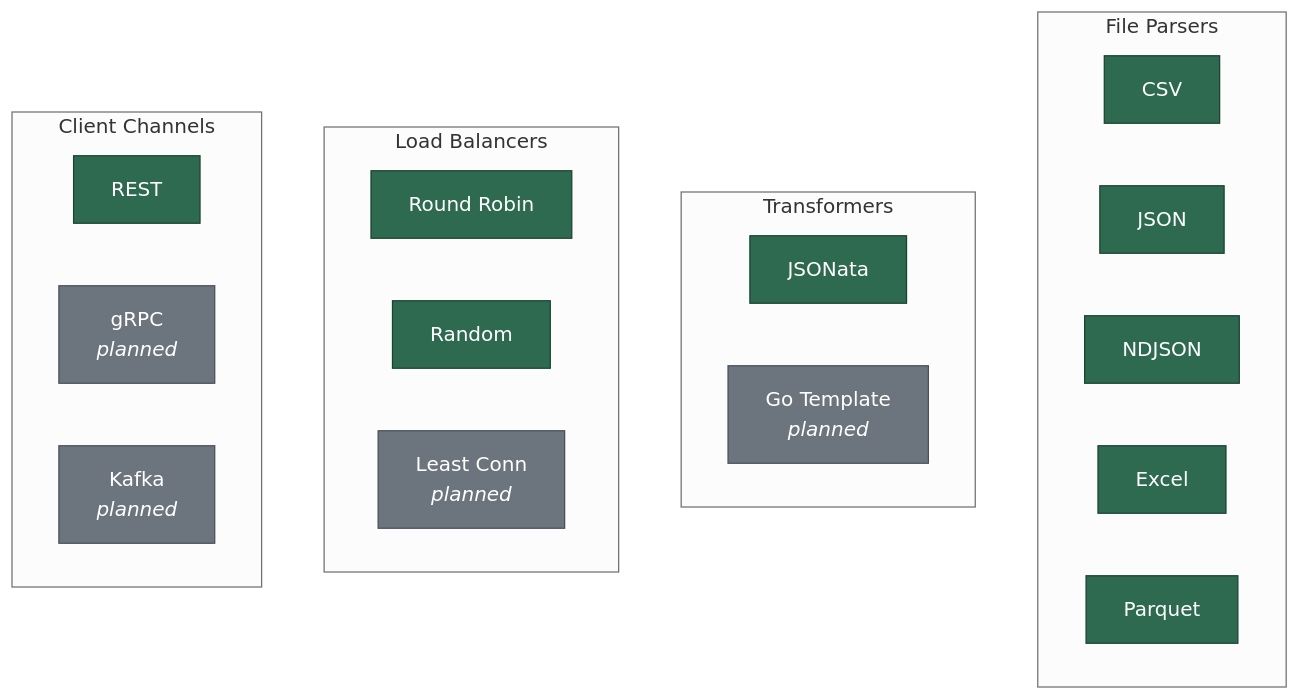
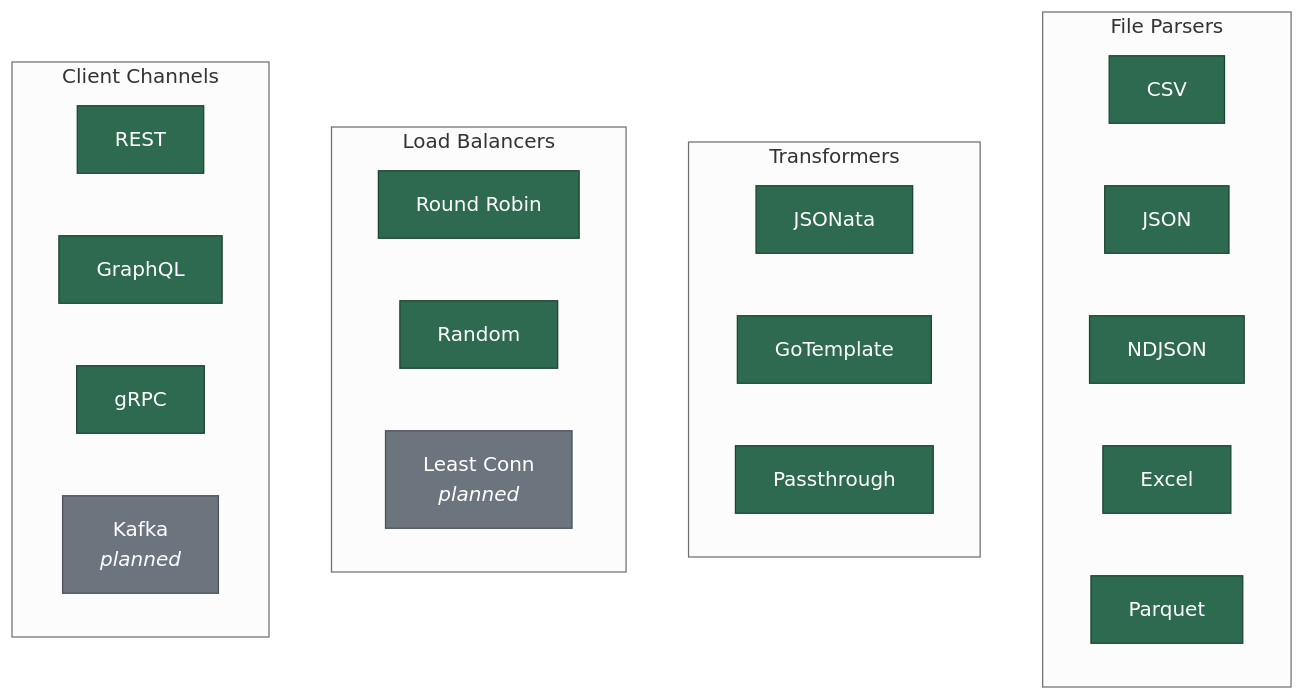
One commit to Dhi13man/bombardment-runner changed the second of 2 diagrams in README.md. Above: the diagram before and after it, drawn with Mermaid (neutral theme). The commit also changed other lines of this file and 5 other files, not shown here.

````diff
--- a/README.md
+++ b/README.md
@@ -258,44 +253,48 @@
 ```mermaid
 flowchart TD
     subgraph Parsers[File Parsers]
         CSV[CSV]
         JSON_P[JSON]
         NDJSON[NDJSON]
         EXCEL[Excel]
         PARQUET[Parquet]
     end
 
     subgraph Transformers
         JSONata[JSONata]
-        GoTpl[Go Template<br><i>planned</i>]
+        GoTpl[GoTemplate]
+        Pass[Passthrough]
     end
 
     subgraph LoadBalancers[Load Balancers]
         RR[Round Robin]
         Rand[Random]
         LC[Least Conn<br><i>planned</i>]
     end
 
     subgraph Clients[Client Channels]
         REST[REST]
-        GRPC[gRPC<br><i>planned</i>]
+        GQL[GraphQL]
+        GRPC[gRPC]
         Kafka[Kafka<br><i>planned</i>]
     end
 
     classDef implemented fill:#2d6a4f,stroke:#1b4332,color:#fff
     classDef planned fill:#6c757d,stroke:#495057,color:#fff
 
     CSV:::implemented
     JSON_P:::implemented
     NDJSON:::implemented
     EXCEL:::implemented
     PARQUET:::implemented
     JSONata:::implemented
-    GoTpl:::planned
+    GoTpl:::implemented
+    Pass:::implemented
     RR:::implemented
     Rand:::implemented
     LC:::planned
     REST:::implemented
-    GRPC:::planned
+    GQL:::implemented
+    GRPC:::implemented
     Kafka:::planned
 ```
````
